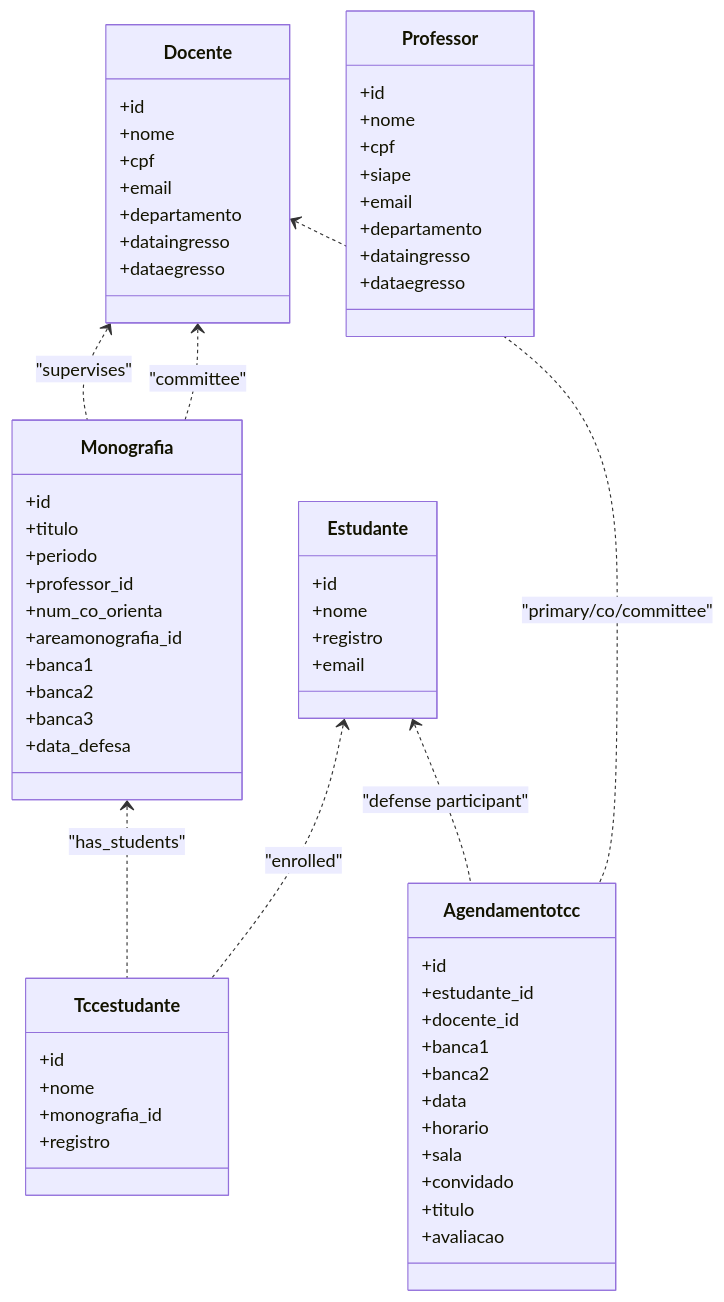
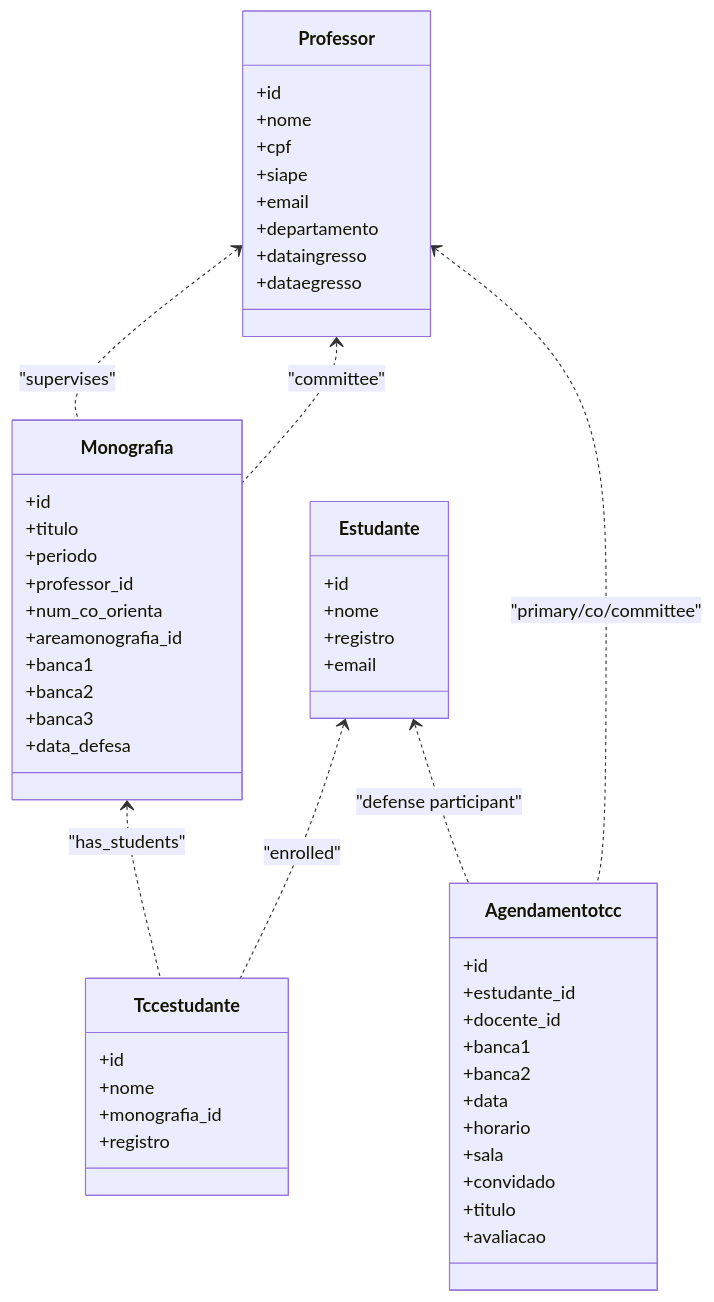
One commit to luiseduacosta/tcc4 changed the second of 6 diagrams in .qoder/repowiki/en/content/Professor and Supervisor Management.md. Above: the diagram before and after it, drawn with Mermaid. The commit also changed other lines of this file and 68 other files, not shown here.

````diff
--- a/.qoder/repowiki/en/content/Professor and Supervisor Management.md
+++ b/.qoder/repowiki/en/content/Professor and Supervisor Management.md
@@ -144,65 +130,56 @@
 ```mermaid
 classDiagram
-class Docente {
-+id
-+nome
-+cpf
-+email
-+departamento
-+dataingresso
-+dataegresso
-}
 class Professor {
 +id
 +nome
 +cpf
 +siape
 +email
 +departamento
 +dataingresso
 +dataegresso
 }
 class Monografia {
 +id
 +titulo
 +periodo
 +professor_id
 +num_co_orienta
 +areamonografia_id
 +banca1
 +banca2
 +banca3
 +data_defesa
 }
 class Estudante {
 +id
 +nome
 +registro
 +email
 }
 class Tccestudante {
 +id
 +nome
 +monografia_id
 +registro
 }
 class Agendamentotcc {
 +id
 +estudante_id
 +docente_id
 +banca1
 +banca2
 +data
 +horario
 +sala
 +convidado
 +titulo
 +avaliacao
 }
-Docente <.. Monografia : "supervises"
-Docente <.. Monografia : "committee"
-Docente <.. Agendamentotcc : "primary/co/committee"
+Professor <.. Monografia : "supervises"
+Professor <.. Monografia : "committee"
+Professor <.. Agendamentotcc : "primary/co/committee"
 Estudante <.. Tccestudante : "enrolled"
 Monografia <.. Tccestudante : "has_students"
 Estudante <.. Agendamentotcc : "defense participant"
 ```
````
